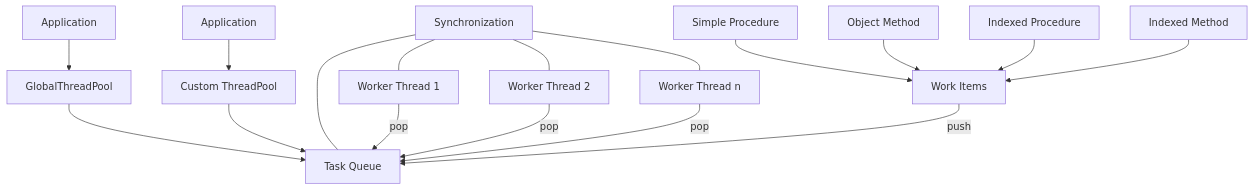
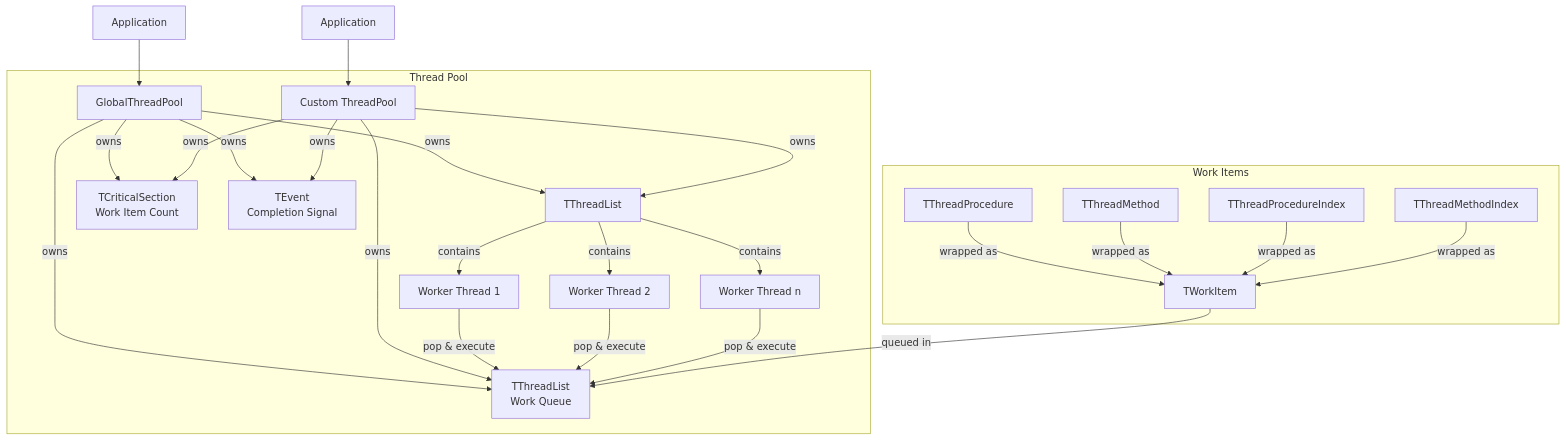
One commit to ikelaiah/threadpool-fp changed the diagram in docs/TECHNICAL.md. Above: the diagram before and after it, drawn with Mermaid. The commit also changed other lines of this file, not shown here.

Commit message:
Update - Updated technical diagram

````diff
--- a/docs/TECHNICAL.md
+++ b/docs/TECHNICAL.md
@@ -6,19 +6,26 @@
 ```mermaid
 graph TD
     A1[Application] --> G[GlobalThreadPool]
     A2[Application] --> C1[Custom ThreadPool]
-    G --> Q[Task Queue]
-    C1 --> Q
-    W1[Worker Thread 1] -->|pop| Q
-    W2[Worker Thread 2] -->|pop| Q
-    W3[Worker Thread n] -->|pop| Q
-    I[Work Items] -->|push| Q
-    P1[Simple Procedure] --> I
-    P2[Object Method] --> I
-    P3[Indexed Procedure] --> I
-    P4[Indexed Method] --> I
-    S[Synchronization] --- Q
-    S --- W1
-    S --- W2
-    S --- W3
+    
+    subgraph "Thread Pool"
+        G & C1 --> |owns| TL[TThreadList]
+        G & C1 --> |owns| WQ[TThreadList<br>Work Queue]
+        G & C1 --> |owns| CS[TCriticalSection<br>Work Item Count]
+        G & C1 --> |owns| EV[TEvent<br>Completion Signal]
+        
+        TL --> |contains| W1[Worker Thread 1]
+        TL --> |contains| W2[Worker Thread 2]
+        TL --> |contains| Wn[Worker Thread n]
+        
+        W1 & W2 & Wn -->|pop & execute| WQ
+    end
+    
+    subgraph "Work Items"
+        P1[TThreadProcedure] --> |wrapped as| WI[TWorkItem]
+        P2[TThreadMethod] --> |wrapped as| WI
+        P3[TThreadProcedureIndex] --> |wrapped as| WI
+        P4[TThreadMethodIndex] --> |wrapped as| WI
+        WI -->|queued in| WQ
+    end
 ```
````
